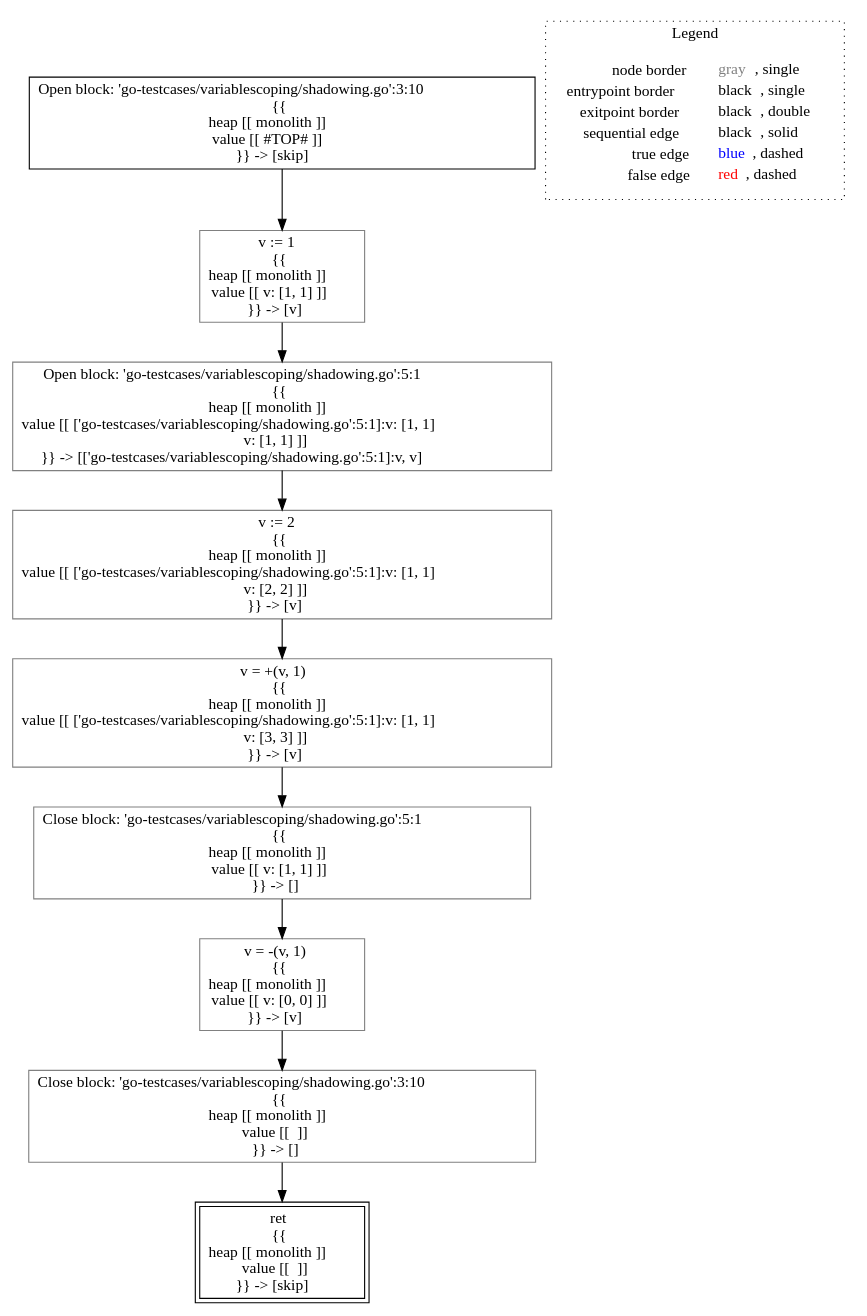
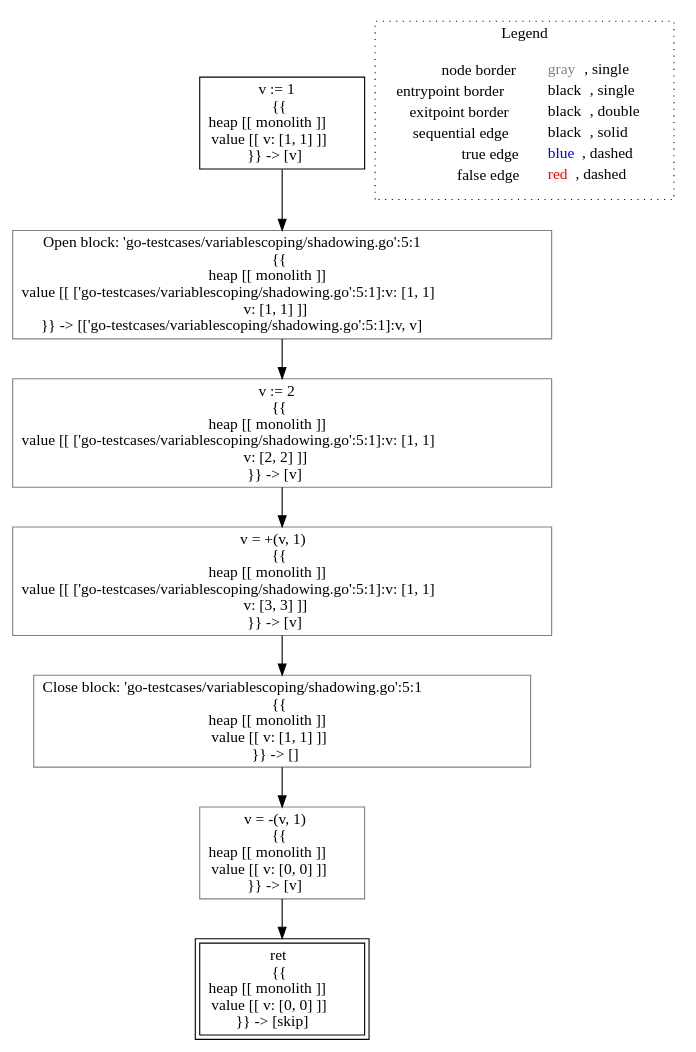
The diagram in go-lisa/go-testcases/variablescoping/analysis___untyped_~LiSAProgram.m1().dot (lisa-analyzer/go-lisa), drawn with Graphviz before and after one commit. The commit also changed 8 other files, not shown here.

Commit message:
fixing open and close blocks on functions and methods

```diff
--- a/go-lisa/go-testcases/variablescoping/analysis___untyped_~LiSAProgram.m1().dot
+++ b/go-lisa/go-testcases/variablescoping/analysis___untyped_~LiSAProgram.m1().dot
@@ -1,26 +1,22 @@
 digraph {
-	"node0" [shape="rect",color="black",label=<Open block: 'go-testcases/variablescoping/shadowing.go':3:10<BR/>{{<BR/>heap [[ monolith ]]<BR/>value [[ #TOP# ]]<BR/>}} -&gt; [skip]>];
-	"node1" [shape="rect",color="gray",label=<Close block: 'go-testcases/variablescoping/shadowing.go':3:10<BR/>{{<BR/>heap [[ monolith ]]<BR/>value [[  ]]<BR/>}} -&gt; []>];
-	"node2" [shape="rect",color="gray",label=<v = +(v, 1)<BR/>{{<BR/>heap [[ monolith ]]<BR/>value [[ ['go-testcases/variablescoping/shadowing.go':5:1]:v: [1, 1]<BR/>v: [3, 3] ]]<BR/>}} -&gt; [v]>];
-	"node3" [shape="rect",color="gray",label=<v := 2<BR/>{{<BR/>heap [[ monolith ]]<BR/>value [[ ['go-testcases/variablescoping/shadowing.go':5:1]:v: [1, 1]<BR/>v: [2, 2] ]]<BR/>}} -&gt; [v]>];
-	"node4" [shape="rect",color="gray",label=<v := 1<BR/>{{<BR/>heap [[ monolith ]]<BR/>value [[ v: [1, 1] ]]<BR/>}} -&gt; [v]>];
-	"node5" [shape="rect",color="gray",label=<Open block: 'go-testcases/variablescoping/shadowing.go':5:1<BR/>{{<BR/>heap [[ monolith ]]<BR/>value [[ ['go-testcases/variablescoping/shadowing.go':5:1]:v: [1, 1]<BR/>v: [1, 1] ]]<BR/>}} -&gt; [['go-testcases/variablescoping/shadowing.go':5:1]:v, v]>];
-	"node6" [shape="rect",color="black",peripheries="2",label=<ret<BR/>{{<BR/>heap [[ monolith ]]<BR/>value [[  ]]<BR/>}} -&gt; [skip]>];
-	"node7" [shape="rect",color="gray",label=<Close block: 'go-testcases/variablescoping/shadowing.go':5:1<BR/>{{<BR/>heap [[ monolith ]]<BR/>value [[ v: [1, 1] ]]<BR/>}} -&gt; []>];
-	"node8" [shape="rect",color="gray",label=<v = -(v, 1)<BR/>{{<BR/>heap [[ monolith ]]<BR/>value [[ v: [0, 0] ]]<BR/>}} -&gt; [v]>];
-	"node0" -> "node4" [color="black"];
-	"node1" -> "node6" [color="black"];
-	"node2" -> "node7" [color="black"];
-	"node3" -> "node2" [color="black"];
-	"node4" -> "node5" [color="black"];
+	"node0" [shape="rect",color="black",label=<v := 1<BR/>{{<BR/>heap [[ monolith ]]<BR/>value [[ v: [1, 1] ]]<BR/>}} -&gt; [v]>];
+	"node1" [shape="rect",color="gray",label=<v = -(v, 1)<BR/>{{<BR/>heap [[ monolith ]]<BR/>value [[ v: [0, 0] ]]<BR/>}} -&gt; [v]>];
+	"node2" [shape="rect",color="gray",label=<Open block: 'go-testcases/variablescoping/shadowing.go':5:1<BR/>{{<BR/>heap [[ monolith ]]<BR/>value [[ ['go-testcases/variablescoping/shadowing.go':5:1]:v: [1, 1]<BR/>v: [1, 1] ]]<BR/>}} -&gt; [['go-testcases/variablescoping/shadowing.go':5:1]:v, v]>];
+	"node3" [shape="rect",color="gray",label=<v = +(v, 1)<BR/>{{<BR/>heap [[ monolith ]]<BR/>value [[ ['go-testcases/variablescoping/shadowing.go':5:1]:v: [1, 1]<BR/>v: [3, 3] ]]<BR/>}} -&gt; [v]>];
+	"node4" [shape="rect",color="black",peripheries="2",label=<ret<BR/>{{<BR/>heap [[ monolith ]]<BR/>value [[ v: [0, 0] ]]<BR/>}} -&gt; [skip]>];
+	"node5" [shape="rect",color="gray",label=<v := 2<BR/>{{<BR/>heap [[ monolith ]]<BR/>value [[ ['go-testcases/variablescoping/shadowing.go':5:1]:v: [1, 1]<BR/>v: [2, 2] ]]<BR/>}} -&gt; [v]>];
+	"node6" [shape="rect",color="gray",label=<Close block: 'go-testcases/variablescoping/shadowing.go':5:1<BR/>{{<BR/>heap [[ monolith ]]<BR/>value [[ v: [1, 1] ]]<BR/>}} -&gt; []>];
+	"node1" -> "node4" [color="black"];
+	"node2" -> "node5" [color="black"];
+	"node3" -> "node6" [color="black"];
+	"node0" -> "node2" [color="black"];
 	"node5" -> "node3" [color="black"];
-	"node7" -> "node8" [color="black"];
-	"node8" -> "node1" [color="black"];
+	"node6" -> "node1" [color="black"];
 subgraph cluster_legend {
 	label="Legend";
 	style=dotted;
 	node [shape=plaintext];
 	"legend" [label=<<table border="0" cellpadding="2" cellspacing="0" cellborder="0"><tr><td align="right">node border&nbsp;</td><td align="left"><font color="gray">gray</font>, single</td></tr><tr><td align="right">entrypoint border&nbsp;</td><td align="left"><font color="black">black</font>, single</td></tr><tr><td align="right">exitpoint border&nbsp;</td><td align="left"><font color="black">black</font>, double</td></tr><tr><td align="right">sequential edge&nbsp;</td><td align="left"><font color="black">black</font>, solid</td></tr><tr><td align="right">true edge&nbsp;</td><td align="left"><font color="blue">blue</font>, dashed</td></tr><tr><td align="right">false edge&nbsp;</td><td align="left"><font color="red">red</font>, dashed</td></tr></table>>];
 }
 
 }
```
